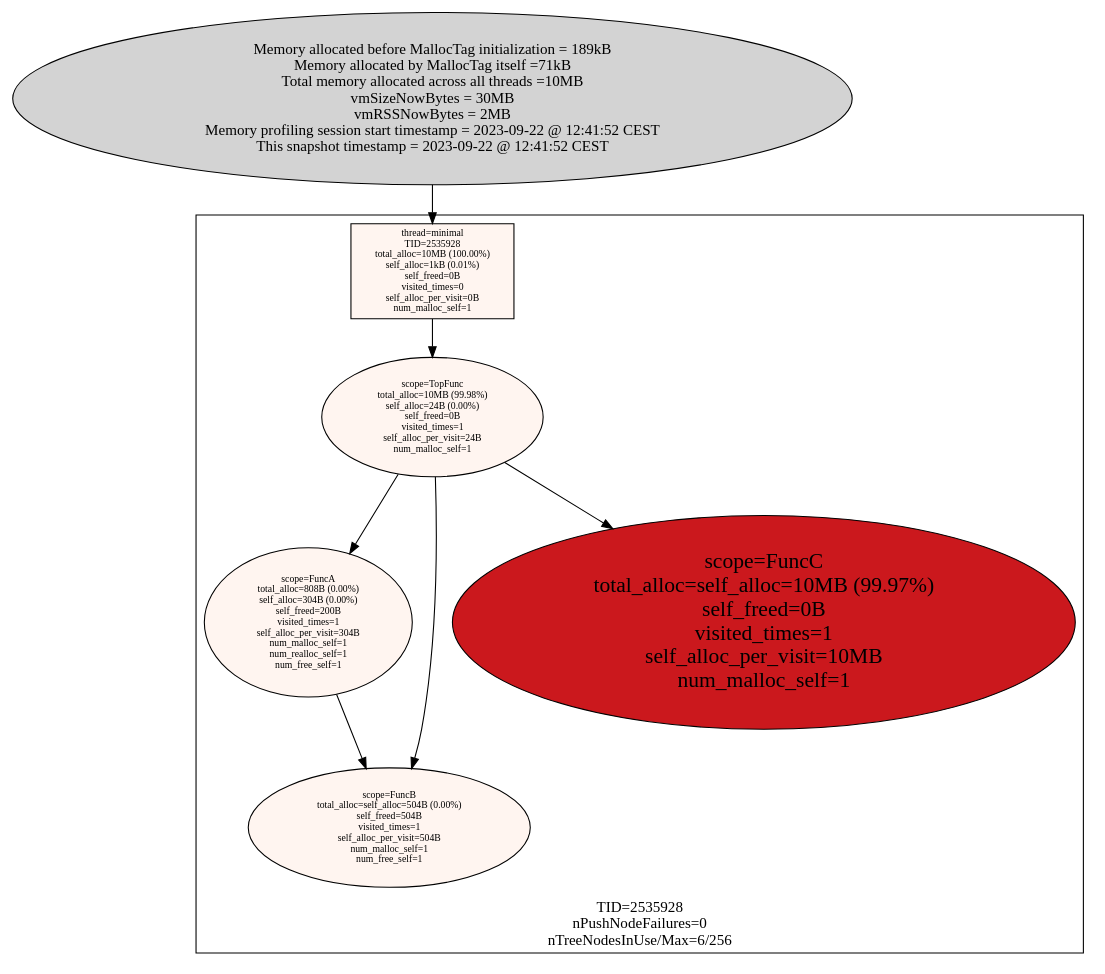
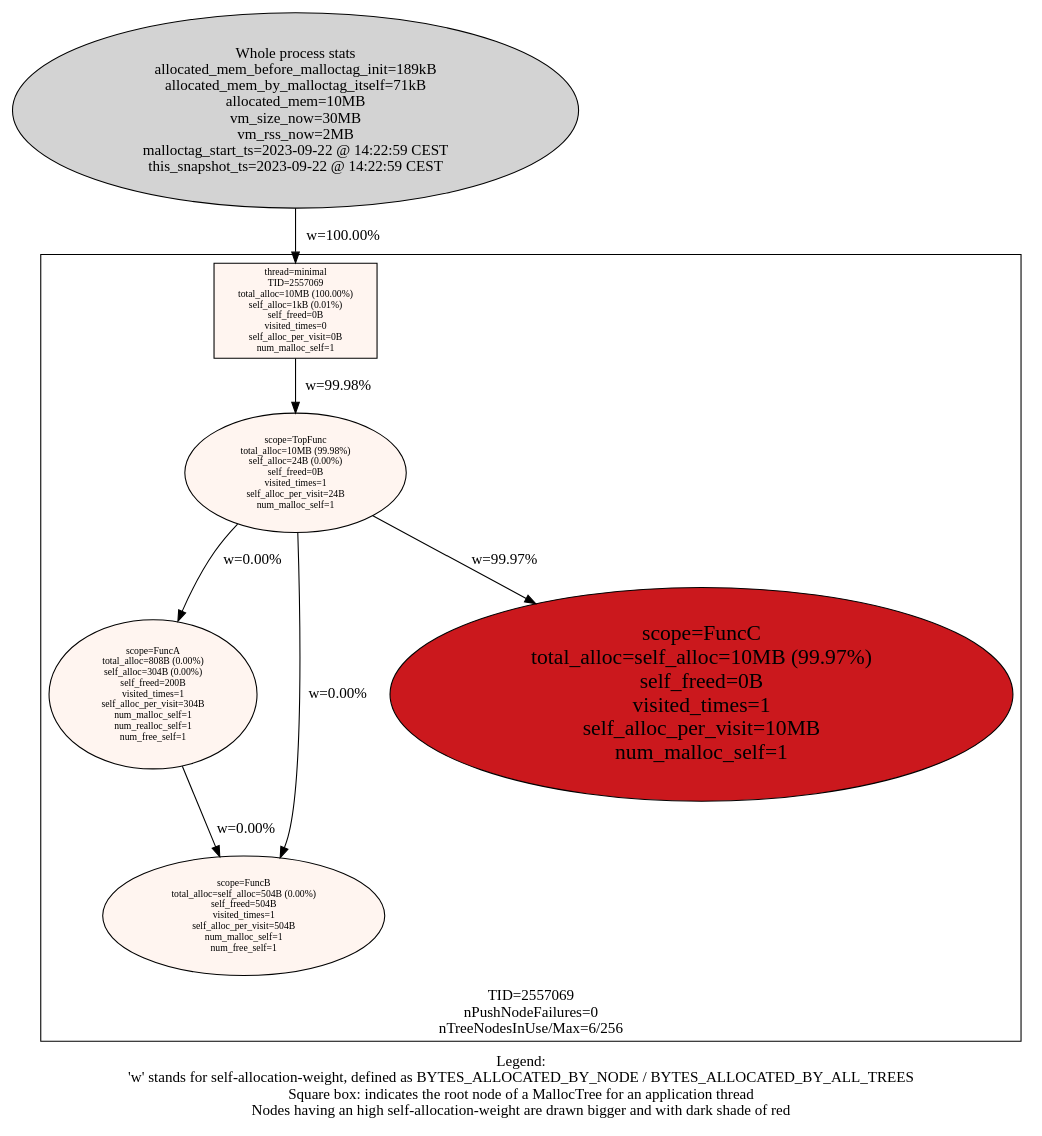
One commit to f18m/malloc-tag changed the diagram in examples/minimal/minimal_stats.dot. Above: the diagram before and after it, drawn with Graphviz. The commit also changed 6 other files, not shown here.

```diff
--- a/examples/minimal/minimal_stats.dot
+++ b/examples/minimal/minimal_stats.dot
@@ -1,29 +1,31 @@
 digraph AllMallocTrees {
  node [colorscheme=reds9 style=filled]
-  "Process 2535928" [label="Memory allocated before MallocTag initialization = 189kB\nMemory allocated by MallocTag itself =71kB\nTotal memory allocated across all threads =10MB\nvmSizeNowBytes = 30MB\nvmRSSNowBytes = 2MB\nMemory profiling session start timestamp = 2023-09-22 @ 12:41:52 CEST\nThis snapshot timestamp = 2023-09-22 @ 12:41:52 CEST\n"
+  "Process 2557069" [label="Whole process stats\nallocated_mem_before_malloctag_init=189kB\nallocated_mem_by_malloctag_itself=71kB\nallocated_mem=10MB\nvm_size_now=30MB\nvm_rss_now=2MB\nmalloctag_start_ts=2023-09-22 @ 14:22:59 CEST\nthis_snapshot_ts=2023-09-22 @ 14:22:59 CEST\n"
 ]
- subgraph cluster_TID2535928 {
+ subgraph cluster_TID2557069 {
   node [colorscheme=reds9 style=filled]
   labelloc="b"
-  label="TID=2535928\nnPushNodeFailures=0\nnTreeNodesInUse/Max=6/256\n"
-  "2535928_minimal" [label="thread=minimal\nTID=2535928\ntotal_alloc=10MB (100.00%)\nself_alloc=1kB (0.01%)\nself_freed=0B\nvisited_times=0\nself_alloc_per_visit=0B\nnum_malloc_self=1\n"
+  label="TID=2557069\nnPushNodeFailures=0\nnTreeNodesInUse/Max=6/256\n"
+  "2557069_minimal" [label="thread=minimal\nTID=2557069\ntotal_alloc=10MB (100.00%)\nself_alloc=1kB (0.01%)\nself_freed=0B\nvisited_times=0\nself_alloc_per_visit=0B\nnum_malloc_self=1\n"
  shape=box fillcolor=1 fontsize=9]
-  "2535928_minimal" -> "2535928_TopFunc"
-  "2535928_TopFunc" [label="scope=TopFunc\ntotal_alloc=10MB (99.98%)\nself_alloc=24B (0.00%)\nself_freed=0B\nvisited_times=1\nself_alloc_per_visit=24B\nnum_malloc_self=1\n"
+  "2557069_minimal" -> "2557069_TopFunc" [label="w=99.98%"]
+  "2557069_TopFunc" [label="scope=TopFunc\ntotal_alloc=10MB (99.98%)\nself_alloc=24B (0.00%)\nself_freed=0B\nvisited_times=1\nself_alloc_per_visit=24B\nnum_malloc_self=1\n"
  fillcolor=1 fontsize=9]
-  "2535928_TopFunc" -> "2535928_FuncA"
-  "2535928_TopFunc" -> "2535928_FuncB"
-  "2535928_TopFunc" -> "2535928_FuncC"
-  "2535928_FuncA" [label="scope=FuncA\ntotal_alloc=808B (0.00%)\nself_alloc=304B (0.00%)\nself_freed=200B\nvisited_times=1\nself_alloc_per_visit=304B\nnum_malloc_self=1\nnum_realloc_self=1\nnum_free_self=1\n"
+  "2557069_TopFunc" -> "2557069_FuncA" [label="w=0.00%"]
+  "2557069_TopFunc" -> "2557069_FuncB" [label="w=0.00%"]
+  "2557069_TopFunc" -> "2557069_FuncC" [label="w=99.97%"]
+  "2557069_FuncA" [label="scope=FuncA\ntotal_alloc=808B (0.00%)\nself_alloc=304B (0.00%)\nself_freed=200B\nvisited_times=1\nself_alloc_per_visit=304B\nnum_malloc_self=1\nnum_realloc_self=1\nnum_free_self=1\n"
  fillcolor=1 fontsize=9]
-  "2535928_FuncA" -> "2535928_FuncB"
-  "2535928_FuncB" [label="scope=FuncB\ntotal_alloc=self_alloc=504B (0.00%)\nself_freed=504B\nvisited_times=1\nself_alloc_per_visit=504B\nnum_malloc_self=1\nnum_free_self=1\n"
+  "2557069_FuncA" -> "2557069_FuncB" [label="w=0.00%"]
+  "2557069_FuncB" [label="scope=FuncB\ntotal_alloc=self_alloc=504B (0.00%)\nself_freed=504B\nvisited_times=1\nself_alloc_per_visit=504B\nnum_malloc_self=1\nnum_free_self=1\n"
  fillcolor=1 fontsize=9]
-  "2535928_FuncB" [label="scope=FuncB\ntotal_alloc=self_alloc=504B (0.00%)\nself_freed=504B\nvisited_times=1\nself_alloc_per_visit=504B\nnum_malloc_self=1\nnum_free_self=1\n"
+  "2557069_FuncB" [label="scope=FuncB\ntotal_alloc=self_alloc=504B (0.00%)\nself_freed=504B\nvisited_times=1\nself_alloc_per_visit=504B\nnum_malloc_self=1\nnum_free_self=1\n"
  fillcolor=1 fontsize=9]
-  "2535928_FuncC" [label="scope=FuncC\ntotal_alloc=self_alloc=10MB (99.97%)\nself_freed=0B\nvisited_times=1\nself_alloc_per_visit=10MB\nnum_malloc_self=1\n"
+  "2557069_FuncC" [label="scope=FuncC\ntotal_alloc=self_alloc=10MB (99.97%)\nself_freed=0B\nvisited_times=1\nself_alloc_per_visit=10MB\nnum_malloc_self=1\n"
  fillcolor=7 fontsize=20]
  }
 
-  "Process 2535928" -> "2535928_minimal"
+  "Process 2557069" -> "2557069_minimal" [label="w=100.00%"]
+ labelloc="b"
+ label="Legend:\n'w' stands for self-allocation-weight, defined as BYTES_ALLOCATED_BY_NODE / BYTES_ALLOCATED_BY_ALL_TREES\nSquare box: indicates the root node of a MallocTree for an application thread\nNodes having an high self-allocation-weight are drawn bigger and with dark shade of red\n"
 }
```
